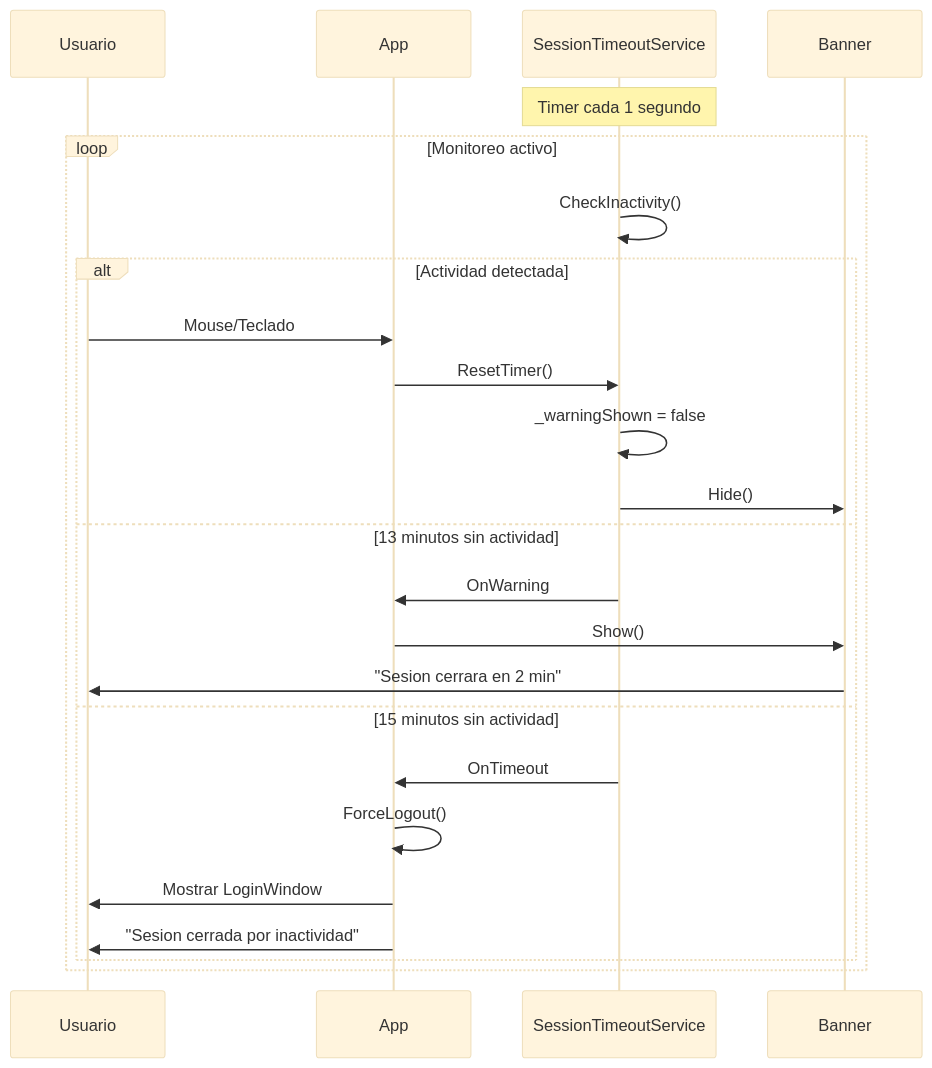
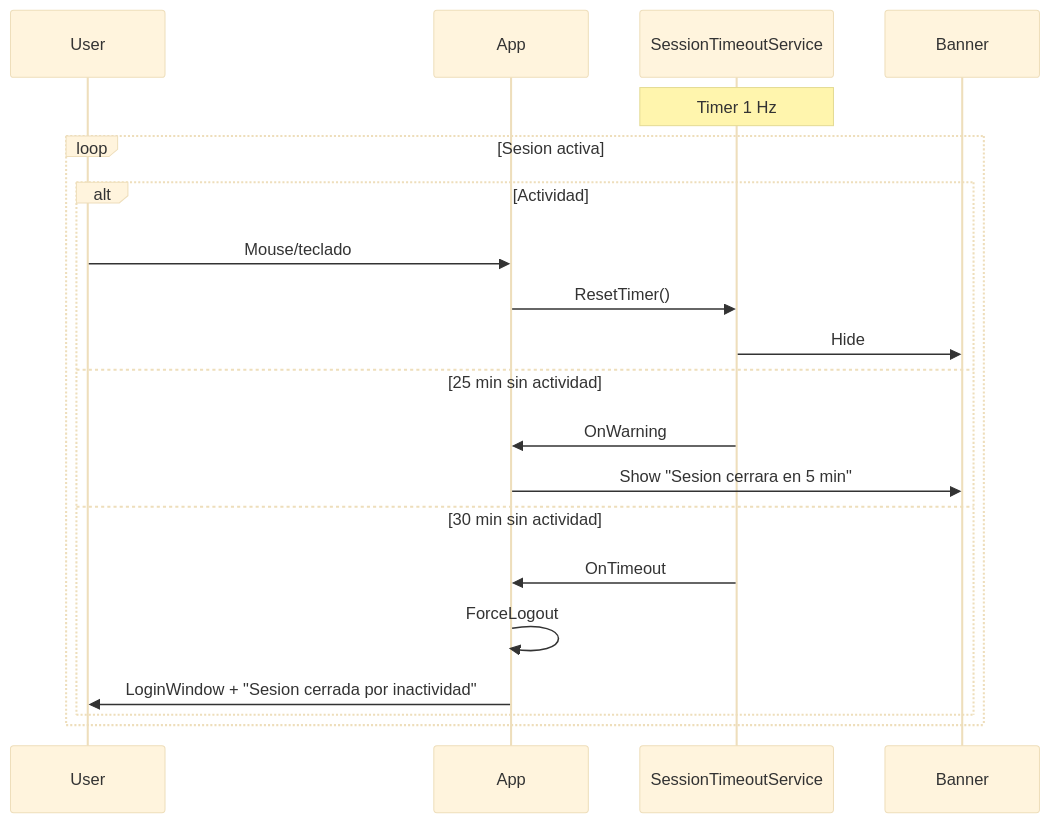
Before and after one commit to Anathema69/MX-VBA: the tenth of 11 diagrams in docs/05_FLUJOS_TRABAJO.md, drawn with Mermaid (base theme). The commit also changed other lines of this file and 32 other files, not shown here.

````diff
--- a/docs/05_FLUJOS_TRABAJO.md
+++ b/docs/05_FLUJOS_TRABAJO.md
@@ -343,29 +244,23 @@
 ```mermaid
 sequenceDiagram
-    participant User as Usuario
+    participant User
     participant App
     participant STS as SessionTimeoutService
     participant Banner
 
-    Note over STS: Timer cada 1 segundo
-
-    loop Monitoreo activo
-        STS->>STS: CheckInactivity()
-
-        alt Actividad detectada
-            User->>App: Mouse/Teclado
+    Note over STS: Timer 1 Hz
+    loop Sesion activa
+        alt Actividad
+            User->>App: Mouse/teclado
             App->>STS: ResetTimer()
-            STS->>STS: _warningShown = false
-            STS->>Banner: Hide()
-        else 13 minutos sin actividad
+            STS->>Banner: Hide
+        else 25 min sin actividad
             STS->>App: OnWarning
-            App->>Banner: Show()
-            Banner->>User: "Sesion cerrara en 2 min"
-        else 15 minutos sin actividad
+            App->>Banner: Show "Sesion cerrara en 5 min"
+        else 30 min sin actividad
             STS->>App: OnTimeout
-            App->>App: ForceLogout()
-            App->>User: Mostrar LoginWindow
-            App->>User: "Sesion cerrada por inactividad"
+            App->>App: ForceLogout
+            App->>User: LoginWindow + "Sesion cerrada por inactividad"
         end
     end
 ```
````
